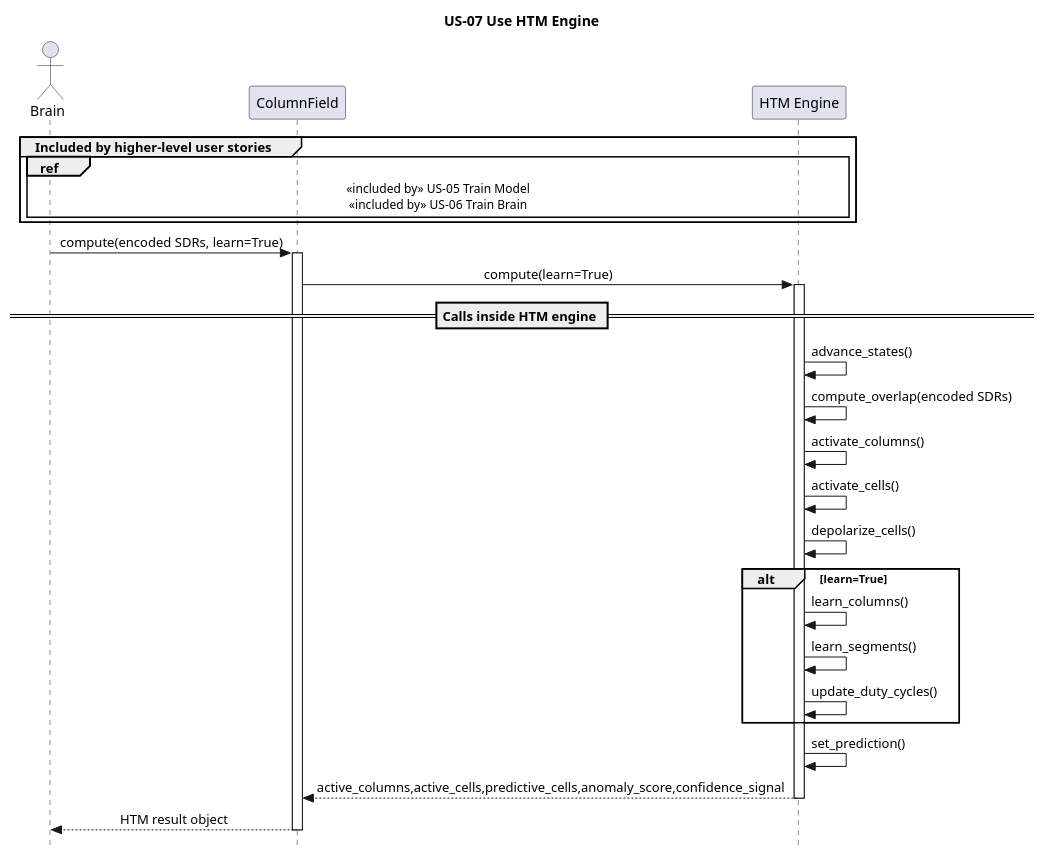
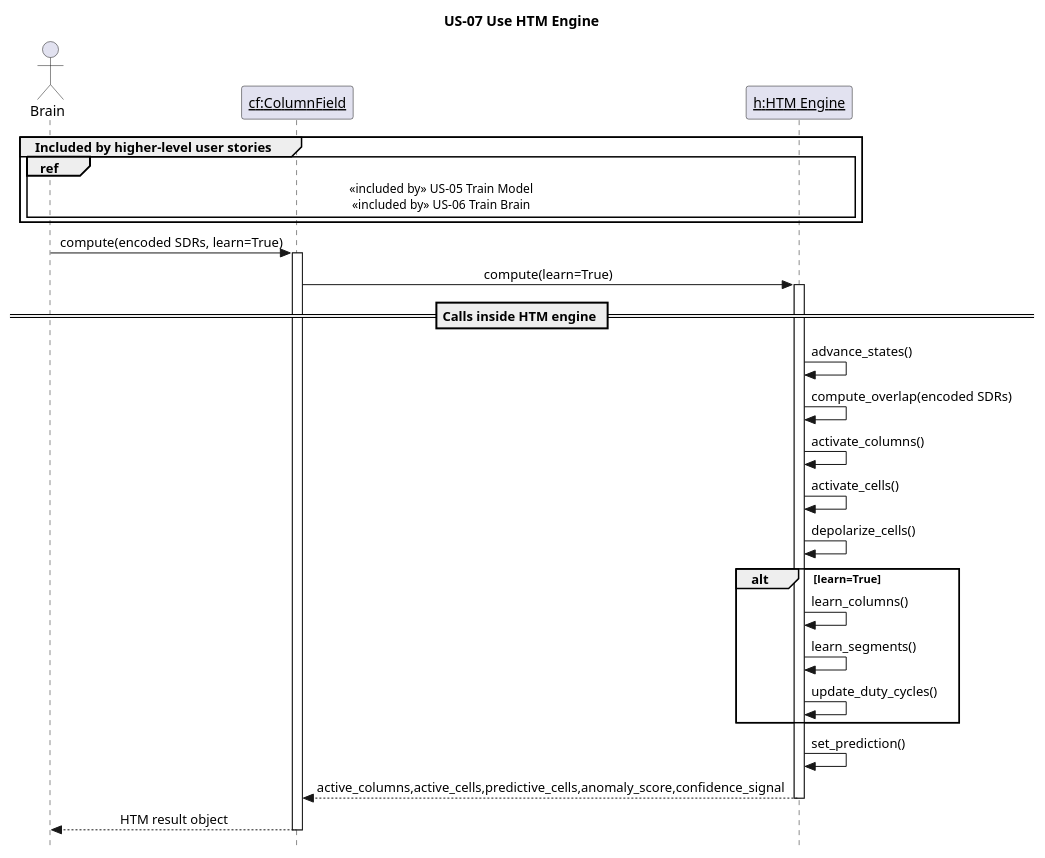
One commit to egrembocki/htmrl changed the diagram in docs/puml/US/us-07.puml. Above: the diagram before and after it, drawn with PlantUML. The commit also changed 8 other files, not shown here.

```diff
--- a/docs/puml/US/us-07.puml
+++ b/docs/puml/US/us-07.puml
@@ -1,43 +1,43 @@
 @startuml
 skinparam style strictuml
 skinparam sequenceMessageAlign center
 skinparam responseMessageBelowArrow true
 title US-07 Use HTM Engine
 
 actor "Brain" as B
-participant "ColumnField" as CF
-participant "HTM Engine" as H
+participant "<u>cf:ColumnField</u>" as CF
+participant "<u>h:HTM Engine</u>" as H
 
 group Included by higher-level user stories
   ref over B,H
     <<included by>> US-05 Train Model
     <<included by>> US-06 Train Brain
   end ref
 end
 
 B -> CF: compute(encoded SDRs, learn=True)
 activate CF
 CF -> H: compute(learn=True)
 activate H
 
 == Calls inside HTM engine ==
 H -> H: advance_states()
 H -> H: compute_overlap(encoded SDRs)
 H -> H: activate_columns()
 H -> H: activate_cells()
 H -> H: depolarize_cells()
 
 alt learn=True
   H -> H: learn_columns()
   H -> H: learn_segments()
   H -> H: update_duty_cycles()
 end
 
 H -> H: set_prediction()
 
 H --> CF: active_columns,active_cells,predictive_cells,anomaly_score,confidence_signal
 deactivate H
 CF --> B: HTM result object
 
 deactivate CF
 @enduml
```
